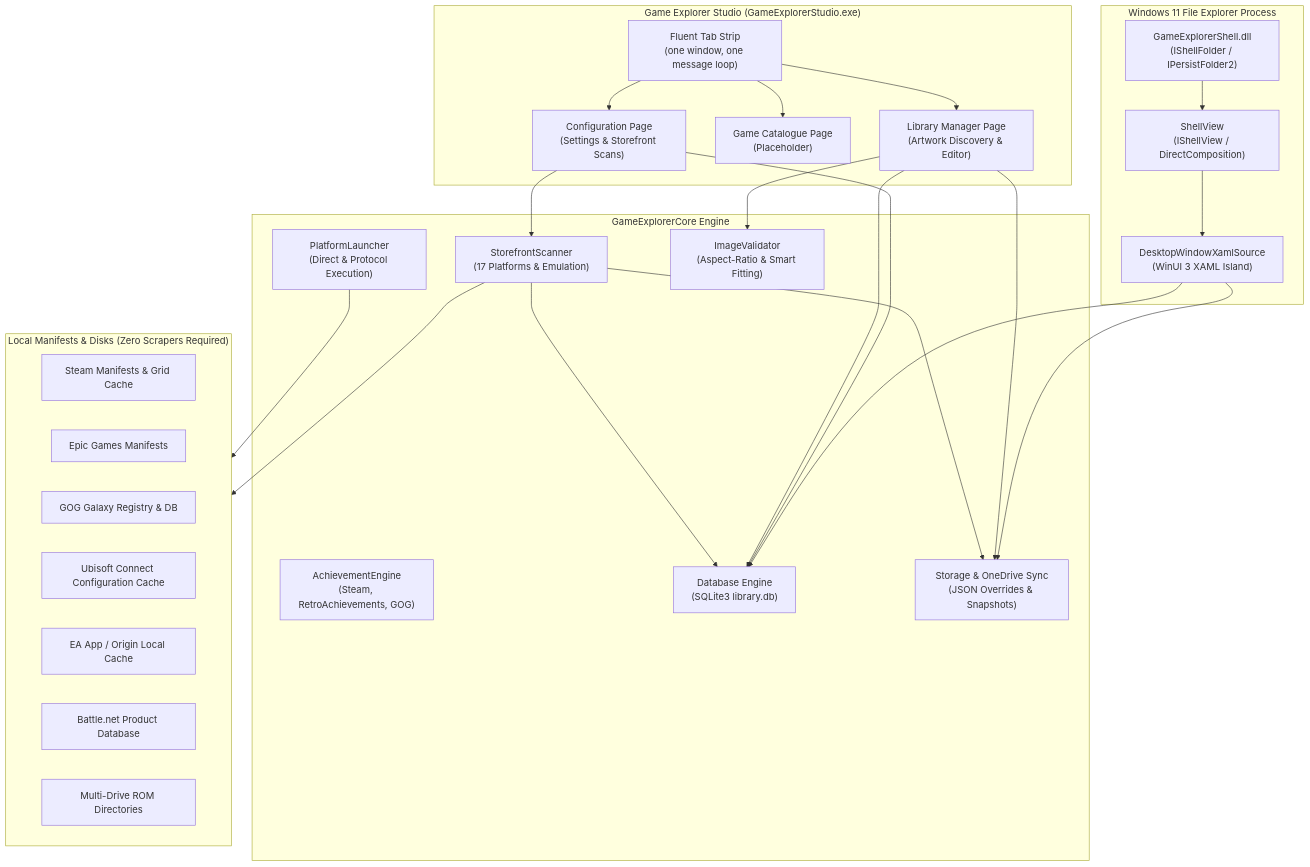
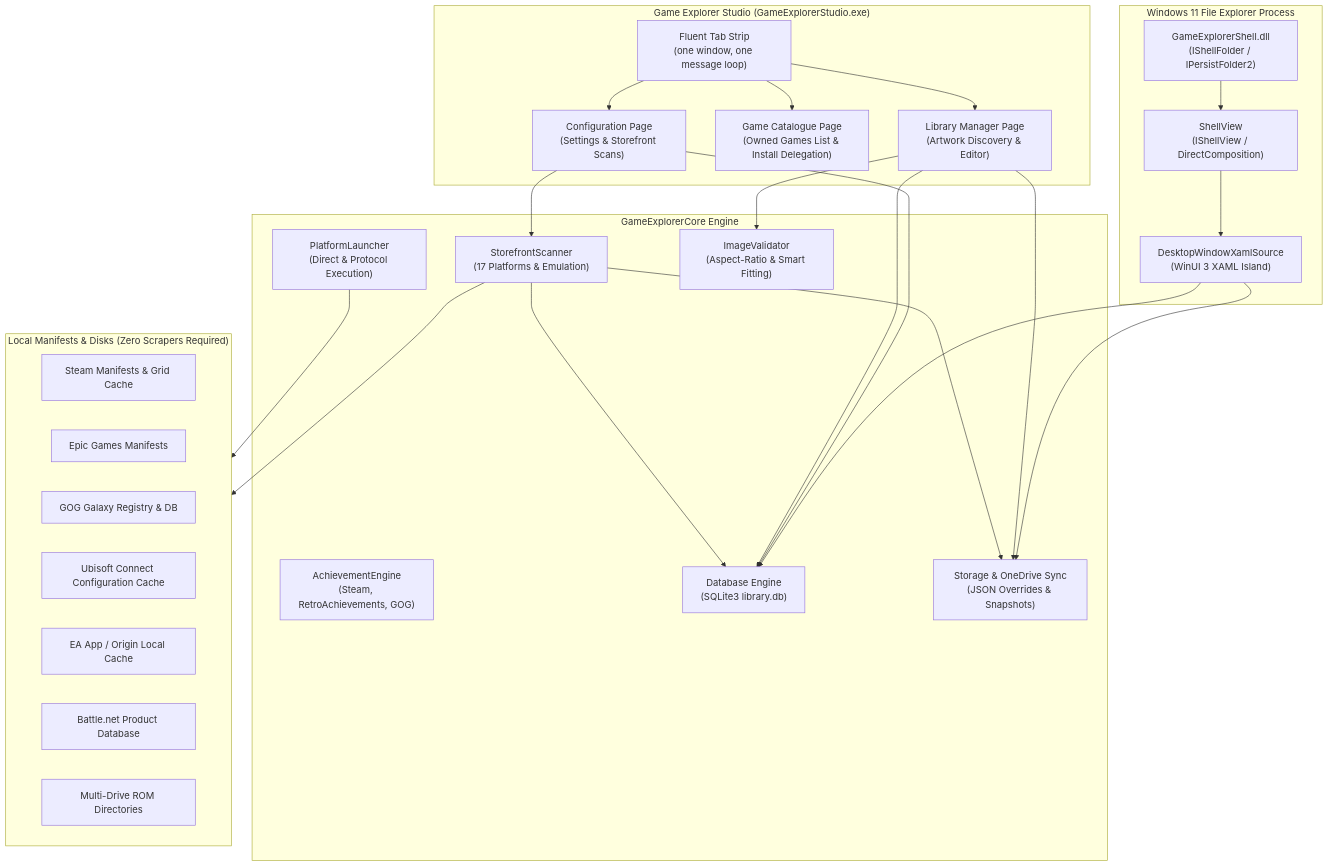
The diagram in docs/overview.md (HELIX-Origin/windows-game-explorer), drawn with Mermaid before and after one commit. The commit also changed other lines of this file and 50 other files, not shown here.

First line of the commit message:
feat(release): v2.5.0 - owned-games catalogue, Windows gate & unified CLI

````diff
--- a/docs/overview.md
+++ b/docs/overview.md
@@ -21,52 +21,52 @@
 ```mermaid
 flowchart TD
     subgraph ExplorerHost["Windows 11 File Explorer Process"]
         ShellFolder["GameExplorerShell.dll<br/>(IShellFolder / IPersistFolder2)"]
         ShellView["ShellView<br/>(IShellView / DirectComposition)"]
         XamlIsland["DesktopWindowXamlSource<br/>(WinUI 3 XAML Island)"]
         ShellFolder --> ShellView
         ShellView --> XamlIsland
     end
 
     subgraph CompanionApps["Game Explorer Studio (GameExplorerStudio.exe)"]
         TabStrip["Fluent Tab Strip<br/>(one window, one message loop)"]
         ManagerApp["Library Manager Page<br/>(Artwork Discovery & Editor)"]
-        CatalogueApp["Game Catalogue Page<br/>(Placeholder)"]
+        CatalogueApp["Game Catalogue Page<br/>(Owned Games List & Install Delegation)"]
         ConfigApp["Configuration Page<br/>(Settings & Storefront Scans)"]
         TabStrip --> ManagerApp
         TabStrip --> CatalogueApp
         TabStrip --> ConfigApp
     end
 
     subgraph CoreEngine["GameExplorerCore Engine"]
         Scanner["StorefrontScanner<br/>(17 Platforms & Emulation)"]
         AchieveEngine["AchievementEngine<br/>(Steam, RetroAchievements, GOG)"]
         Launcher["PlatformLauncher<br/>(Direct & Protocol Execution)"]
         Validator["ImageValidator<br/>(Aspect-Ratio & Smart Fitting)"]
         DB["Database Engine<br/>(SQLite3 library.db)"]
         StorageEngine["Storage & OneDrive Sync<br/>(JSON Overrides & Snapshots)"]
     end
 
     subgraph LocalStores["Local Manifests & Disks (Zero Scrapers Required)"]
         SteamStore["Steam Manifests & Grid Cache"]
         EpicStore["Epic Games Manifests"]
         GOGStore["GOG Galaxy Registry & DB"]
         UbiStore["Ubisoft Connect Configuration Cache"]
         EAStore["EA App / Origin Local Cache"]
         BNetStore["Battle.net Product Database"]
         ROMStore["Multi-Drive ROM Directories"]
     end
 
     XamlIsland --> DB
     XamlIsland --> StorageEngine
     ConfigApp --> Scanner
     ConfigApp --> DB
     ManagerApp --> DB
     ManagerApp --> Validator
     ManagerApp --> StorageEngine
 
     Scanner --> LocalStores
     Scanner --> DB
     Scanner --> StorageEngine
     Launcher --> LocalStores
 ```
````
